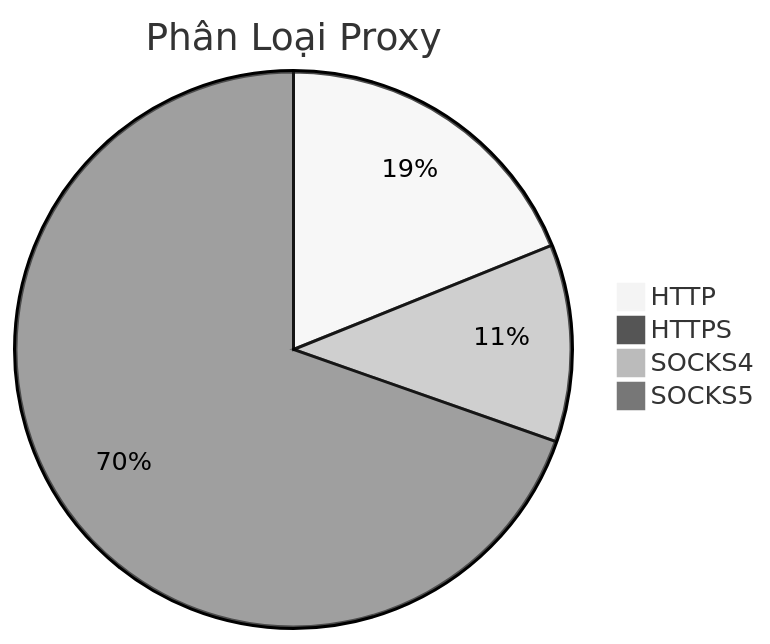
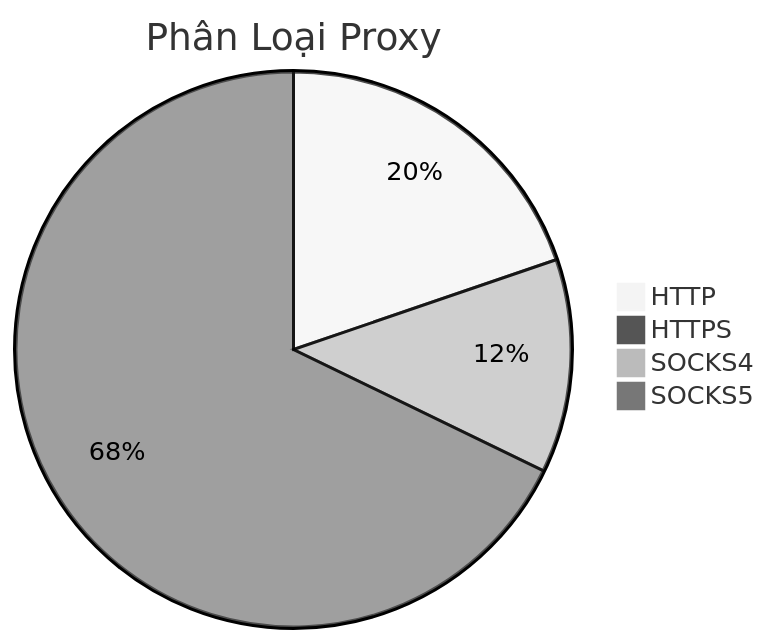
One commit to Ciara-Aa/PROXY-free changed the diagram in README.md. Above: the diagram before and after it, drawn with Mermaid (neutral theme). The commit also changed other lines of this file and 4 other files, not shown here.

````diff
--- a/README.md
+++ b/README.md
@@ -26,7 +26,7 @@
 ```mermaid
 pie title Phân Loại Proxy
-    "HTTP" : 476
-    "HTTPS" : 3
-    "SOCKS4" : 289
-    "SOCKS5" : 1754
+    "HTTP" : 572
+    "HTTPS" : 2
+    "SOCKS4" : 360
+    "SOCKS5" : 1963
 ```
````
